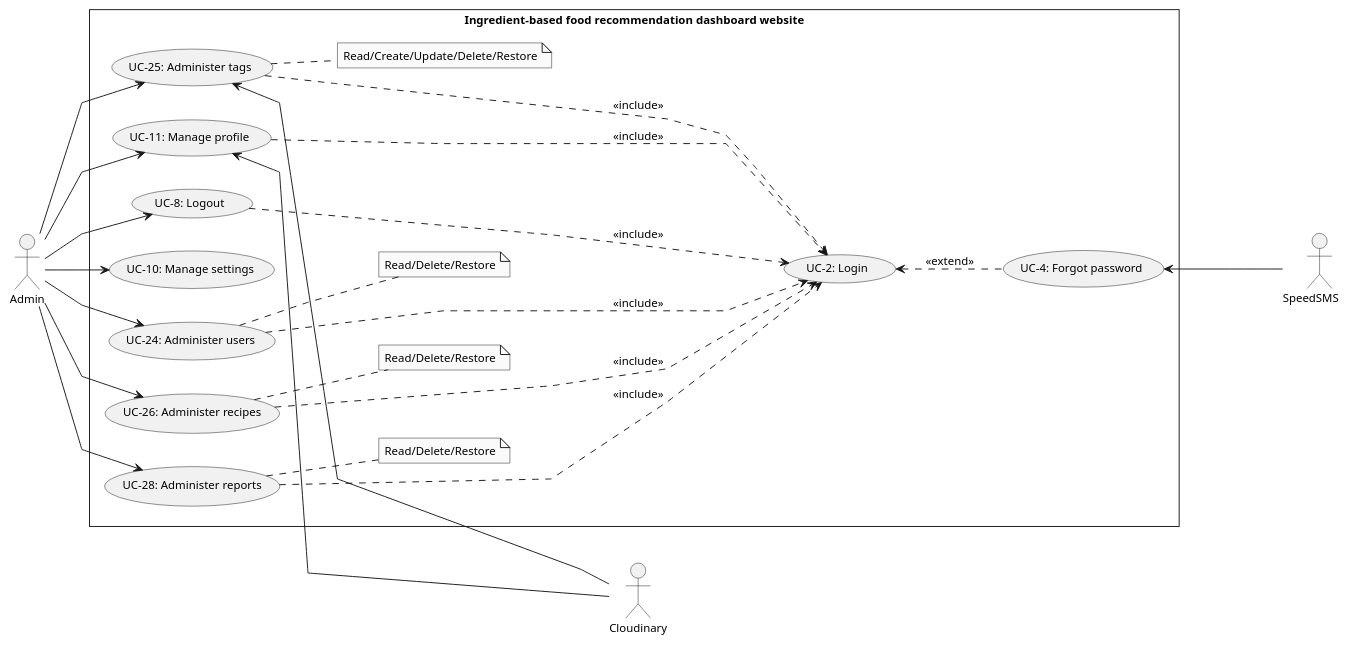
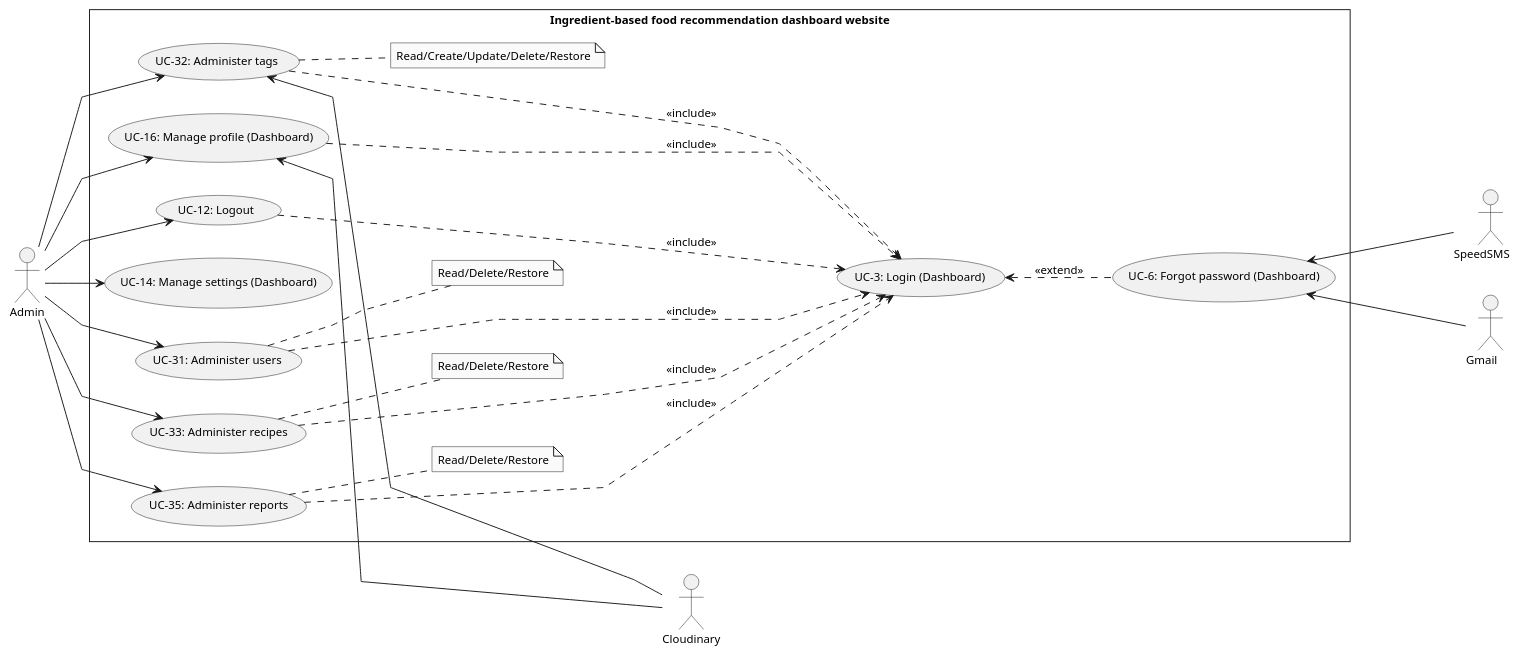
Before and after one commit to Carl-Johnsons/tastopia: the diagram in doc/SRS/Usecase/AdminUsecase/AdminUsecase.plantuml, drawn with PlantUML. The commit also changed 5 other files, not shown here.

Commit message:
doc: update use case diagrams

```diff
--- a/doc/SRS/Usecase/AdminUsecase/AdminUsecase.plantuml
+++ b/doc/SRS/Usecase/AdminUsecase/AdminUsecase.plantuml
@@ -1,54 +1,57 @@
 @startuml AdminUsecase
 skinparam style strictuml
 skinparam monochrome true
 skinparam linetype polyline
 skinparam defaultFontSize 12
 left to right direction
 actor "Admin" as admin
 actor "Cloudinary" as cl
 actor "SpeedSMS      " as sms
+actor "Gmail      " as gmail
+
 rectangle Ingredient-based<U+0020>food<U+0020>recommendation<U+0020>dashboard<U+0020>website {
-    usecase "UC-2: Login" as ucLogin
-    usecase "UC-4: Forgot password" as ucForgotPassword
-    usecase "UC-8: Logout" as ucLogout
-    usecase "UC-10: Manage settings" as ucManageSetting
-    usecase "UC-11: Manage profile" as ucManageProfile
+    usecase "UC-3: Login (Dashboard)" as ucLogin
+    usecase "UC-6: Forgot password (Dashboard)" as ucForgotPassword
+    usecase "UC-12: Logout" as ucLogout
+    usecase "UC-14: Manage settings (Dashboard)" as ucManageSetting
+    usecase "UC-16: Manage profile (Dashboard)" as ucManageProfile
 
-    usecase "UC-24: Administer users" as ucAdmUser
-    usecase "UC-25: Administer tags" as ucAdmTags
-    usecase "UC-26: Administer recipes" as ucAdmRecipe
-    usecase "UC-28: Administer reports" as ucAdmReport
+    usecase "UC-31: Administer users" as ucAdmUser
+    usecase "UC-32: Administer tags" as ucAdmTags
+    usecase "UC-33: Administer recipes" as ucAdmRecipe
+    usecase "UC-35: Administer reports" as ucAdmReport
+
 
     note "Read/Delete/Restore" as noteAdmUser
     note "Read/Delete/Restore" as noteAdmRecipe
     note "Read/Create/Update/Delete/Restore" as noteAdmTag
     note "Read/Delete/Restore" as noteAdmReport
 
     admin --> ucAdmUser
         ucAdmUser .. noteAdmUser
     admin --> ucAdmRecipe
         ucAdmRecipe .. noteAdmRecipe
     admin --> ucAdmReport
         ucAdmReport .. noteAdmReport
     admin --> ucAdmTags
         ucAdmTags .. noteAdmTag
     admin --> ucManageProfile
     admin --> ucManageSetting
     admin --> ucLogout
 
     ucLogout .....> ucLogin : <<include>>
     ucAdmUser .....> ucLogin : <<include>>
     ucAdmRecipe .....> ucLogin : <<include>>
     ucAdmTags .....> ucLogin : <<include>>
     ucManageProfile .....> ucLogin : <<include>>
     ucAdmReport .....> ucLogin : <<include>>
 
     ucLogin <.. ucForgotPassword : <<extend>>
 
     cl --up-> ucManageProfile
     cl --up-> ucAdmTags
     sms --up-> ucForgotPassword
-    
+    gmail --up-> ucForgotPassword
 }
 
 @enduml
```
